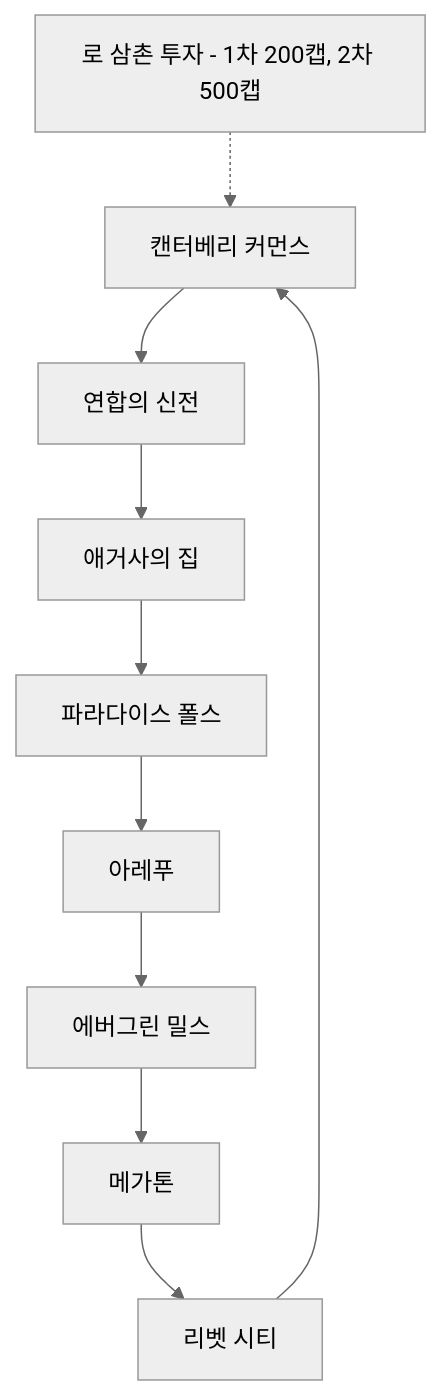
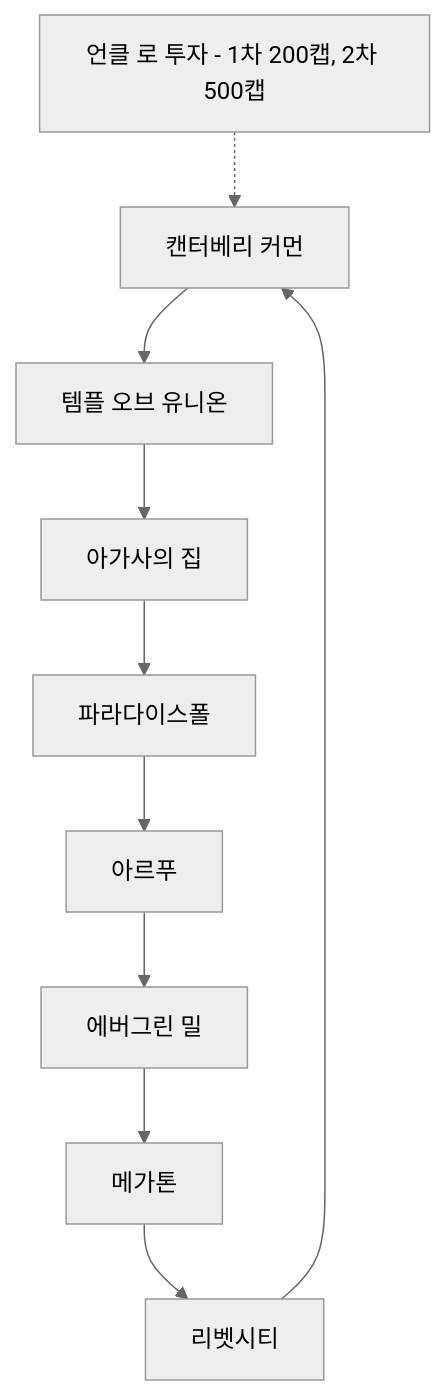
Before and after one commit to forsurvive/003: the second of 3 diagrams in docs/reverse-design/22_economy-housing.md, drawn with Mermaid (neutral theme). The commit also changed other lines of this file and 7 other files, not shown here.

````diff
--- a/docs/reverse-design/22_economy-housing.md
+++ b/docs/reverse-design/22_economy-housing.md
@@ -459,12 +459,12 @@
 ```mermaid
 flowchart TD
-    C1["캔터베리 커먼스"] --> C2["연합의 신전"]
-    C2 --> C3["애거사의 집"]
-    C3 --> C4["파라다이스 폴스"]
-    C4 --> C5["아레푸"]
-    C5 --> C6["에버그린 밀스"]
+    C1["캔터베리 커먼"] --> C2["템플 오브 유니온"]
+    C2 --> C3["아가사의 집"]
+    C3 --> C4["파라다이스폴"]
+    C4 --> C5["아르푸"]
+    C5 --> C6["에버그린 밀"]
     C6 --> C7["메가톤"]
-    C7 --> C8["리벳 시티"]
+    C7 --> C8["리벳시티"]
     C8 --> C1
-    INV["로 삼촌 투자 - 1차 200캡, 2차 500캡"] -.-> C1
+    INV["언클 로 투자 - 1차 200캡, 2차 500캡"] -.-> C1
 ```
````
